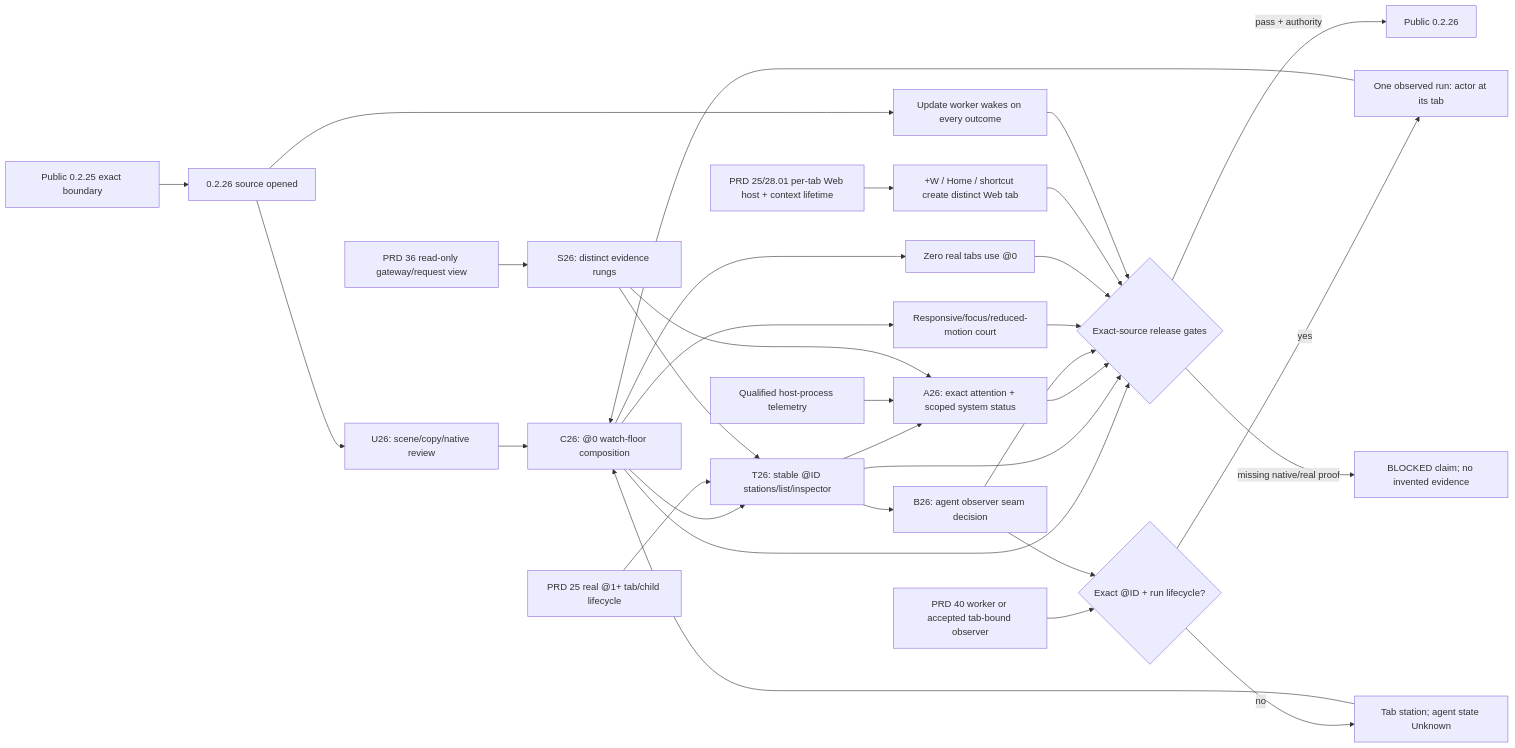
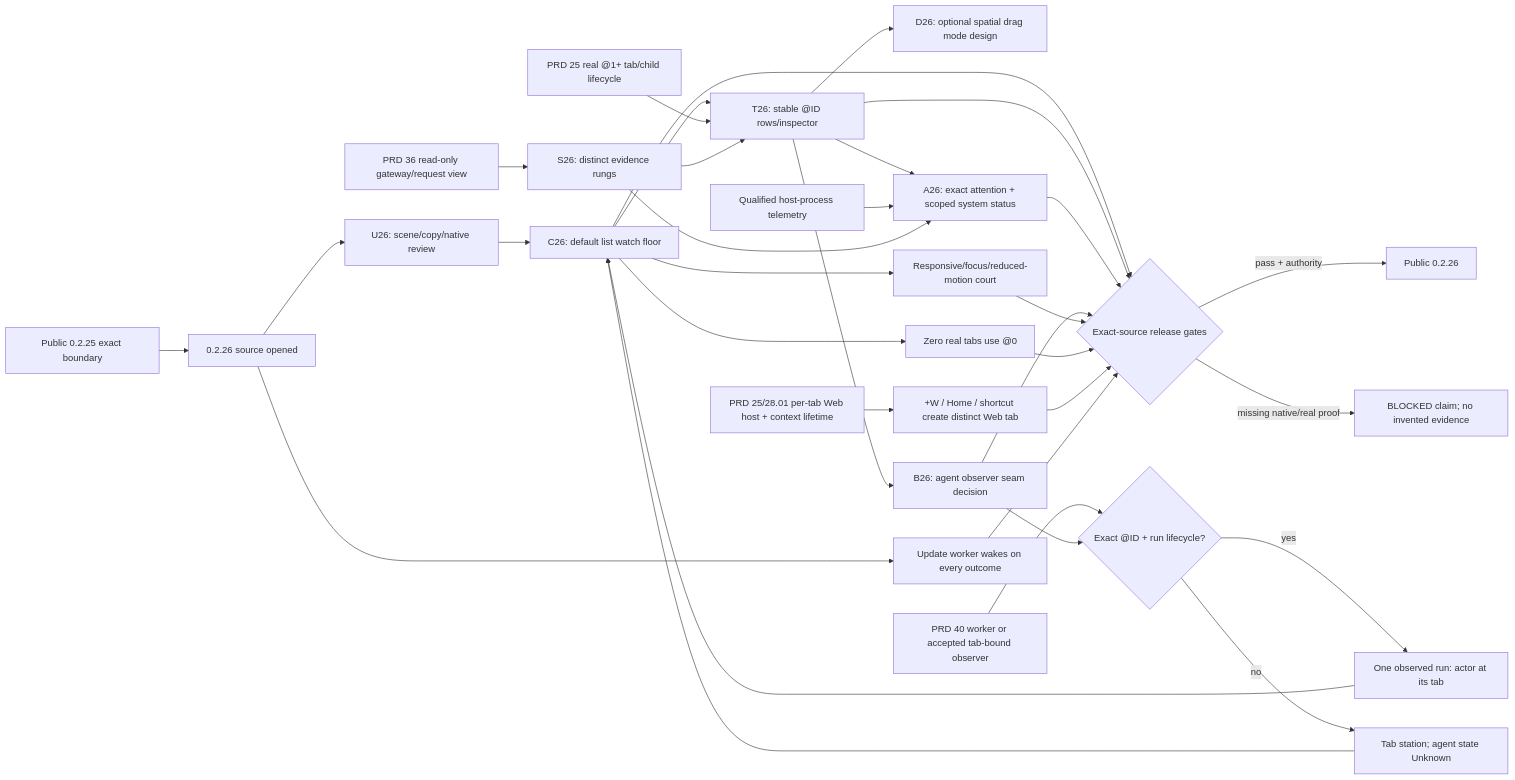
Before and after one commit to partnernetsoftware/minicon: the diagram in plan/plan-v0.2.26.md, drawn with Mermaid. The commit also changed other lines of this file and 9 other files, not shown here.

Commit message:
Unify empty workspace with Home and design dual-mode watch floor

````diff
--- a/plan/plan-v0.2.26.md
+++ b/plan/plan-v0.2.26.md
@@ -103,25 +113,26 @@
 ```mermaid
 flowchart LR
     P25["Public 0.2.25 exact boundary"] --> V26["0.2.26 source opened"]
     V26 --> UX["U26: scene/copy/native review"]
-    UX --> HOME["C26: @0 watch-floor composition"]
-    HOME --> FLEET["T26: stable @ID stations/list/inspector"]
+    UX --> HOME["C26: default list watch floor"]
+    HOME --> FLEET["T26: stable @ID rows/inspector"]
+    FLEET --> SPATIAL["D26: optional spatial drag mode design"]
     FLEET --> ATT["A26: exact attention + scoped system status"]
     HOME --> Z26["Zero real tabs use @0"]
     WEB["PRD 25/28.01 per-tab Web host + context lifetime"] --> W26["+W / Home / shortcut create distinct Web tab"]
     V26 --> F26["Update worker wakes on every outcome"]
     WORK["PRD 25 real @1+ tab/child lifecycle"] --> FLEET
     VIEW["PRD 36 read-only gateway/request view"] --> S26["S26: distinct evidence rungs"]
     TELE["Qualified host-process telemetry"] --> ATT
     S26 --> ATT & FLEET
     HOME --> R26["Responsive/focus/reduced-motion court"]
     APP["PRD 40 worker or accepted tab-bound observer"] --> H2{Exact @ID + run lifecycle?}
     FLEET --> B26["B26: agent observer seam decision"]
     B26 --> H2
     H2 -->|yes| ACTOR["One observed run: actor at its tab"]
     H2 -->|no| STILL["Tab station; agent state Unknown"]
     ACTOR & STILL --> HOME
     HOME & FLEET & ATT & B26 & R26 & Z26 & W26 & F26 --> Q26{Exact-source release gates}
     Q26 -->|pass + authority| PUB["Public 0.2.26"]
     Q26 -->|missing native/real proof| BLOCK["BLOCKED claim; no invented evidence"]
 ```
````
